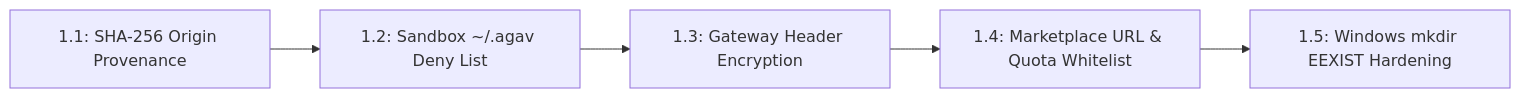
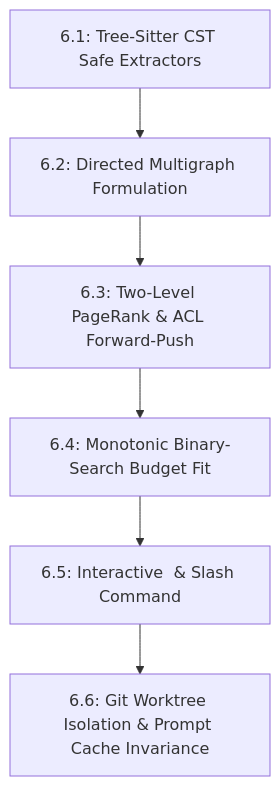
Before and after one commit to The-AnkitPatel/agav: the second of 3 diagrams in phases.md, drawn with Mermaid. The commit also changed other lines of this file and 71 other files, not shown here.

````diff
--- a/phases.md
+++ b/phases.md
@@ -51,7 +227,8 @@
 ```mermaid
-graph LR
-    P1_1["1.1: SHA-256 Origin Provenance"] --> P1_2["1.2: Sandbox ~/.agav Deny List"]
-    P1_2 --> P1_3["1.3: Gateway Header Encryption"]
-    P1_3 --> P1_4["1.4: Marketplace URL & Quota Whitelist"]
-    P1_4 --> P1_5["1.5: Windows mkdir EEXIST Hardening"]
+graph TD
+    P6_1["6.1: Tree-Sitter CST Safe Extractors"] --> P6_2["6.2: Directed Multigraph Formulation"]
+    P6_2 --> P6_3["6.3: Two-Level PageRank & ACL Forward-Push"]
+    P6_3 --> P6_4["6.4: Monotonic Binary-Search Budget Fit"]
+    P6_4 --> P6_5["6.5: Interactive <RepoMapView> & Slash Command"]
+    P6_5 --> P6_6["6.6: Git Worktree Isolation & Prompt Cache Invariance"]
 ```
````
